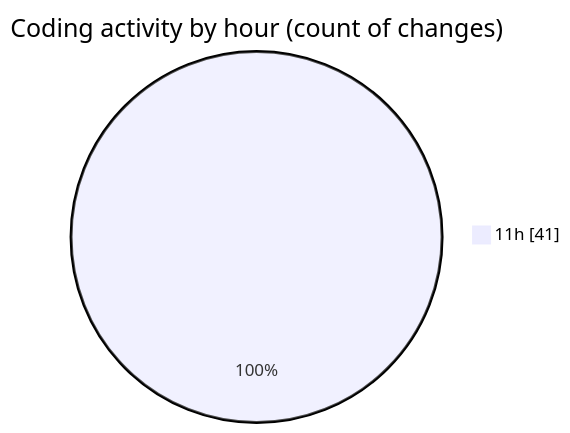
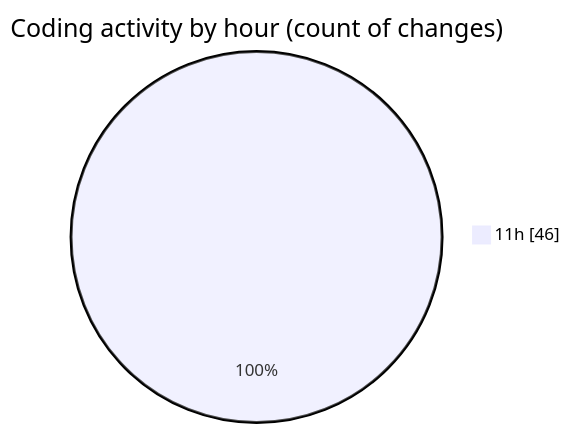
Before and after one commit to nxtqubesakshisongat/code-tracking: the second of 2 diagrams in 2026-06-23/nxtqube_webapp/README.md, drawn with Mermaid. The commit also changed other lines of this file and 1 other file, not shown here.

````diff
--- a/2026-06-23/nxtqube_webapp/README.md
+++ b/2026-06-23/nxtqube_webapp/README.md
@@ -28,5 +28,5 @@
 ```mermaid
 pie showData
 title Coding activity by hour (count of changes)
-"11h" : 41
+"11h" : 46
 ```
````
